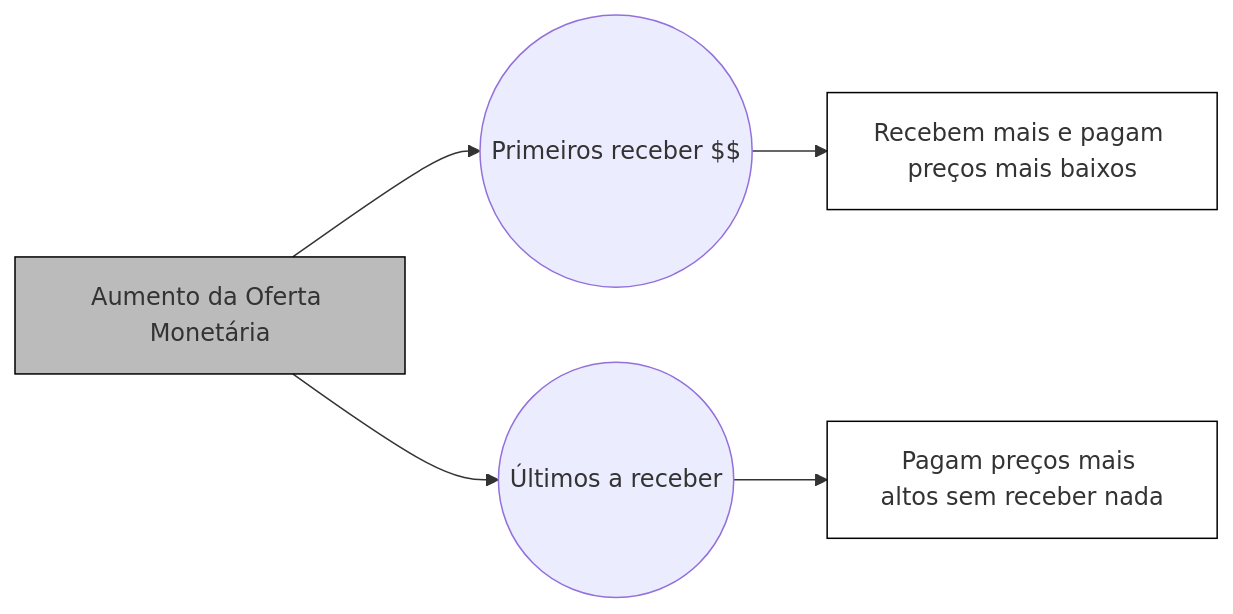
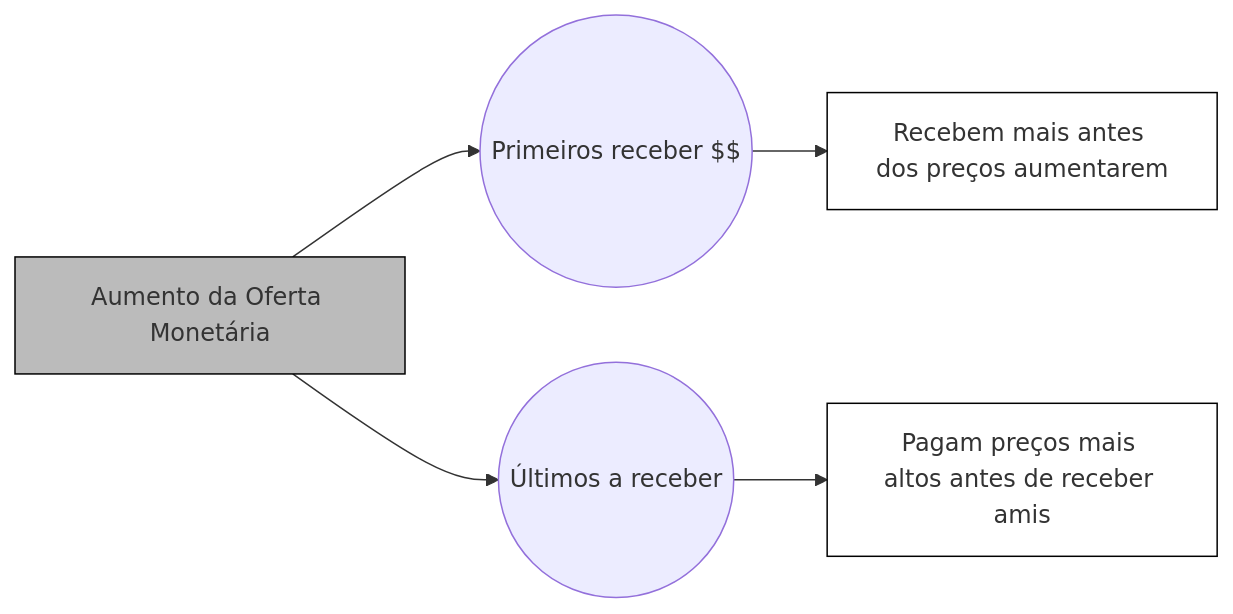
One commit to slrocker/investindows changed the diagram in src/pages/markdown/financas/economia/inflacao.md. Above: the diagram before and after it, drawn with Mermaid. The commit also changed other lines of this file and 11 other files, not shown here.

````diff
--- a/src/pages/markdown/financas/economia/inflacao.md
+++ b/src/pages/markdown/financas/economia/inflacao.md
@@ -70,15 +70,15 @@
 ```mermaid
 graph LR
 
 E[Aumento da Oferta Monetária] --> A
 E --> C
 
-A((Primeiros receber $$)) --> B[Recebem mais e pagam preços mais baixos]
+A((Primeiros receber $$)) --> B[Recebem mais antes dos preços aumentarem]
 
-C((Últimos a receber)) --> D[Pagam preços mais altos sem receber nada]
+C((Últimos a receber)) --> D[Pagam preços mais altos antes de receber amis]
 
 style B fill:#fff, stroke:#000, stroke-width:1px
 style D fill:#fff, stroke:#000, stroke-width:1px
 style E fill:#bbb, stroke:#000, stroke-width:1px
 
 ```
````
